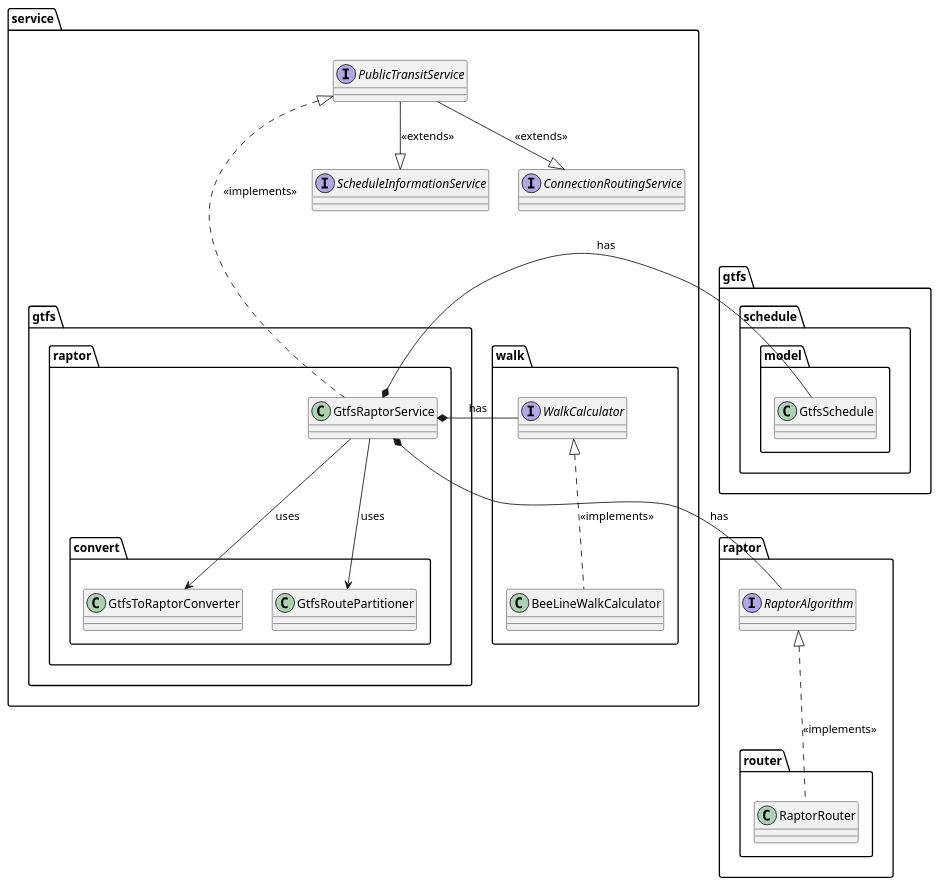
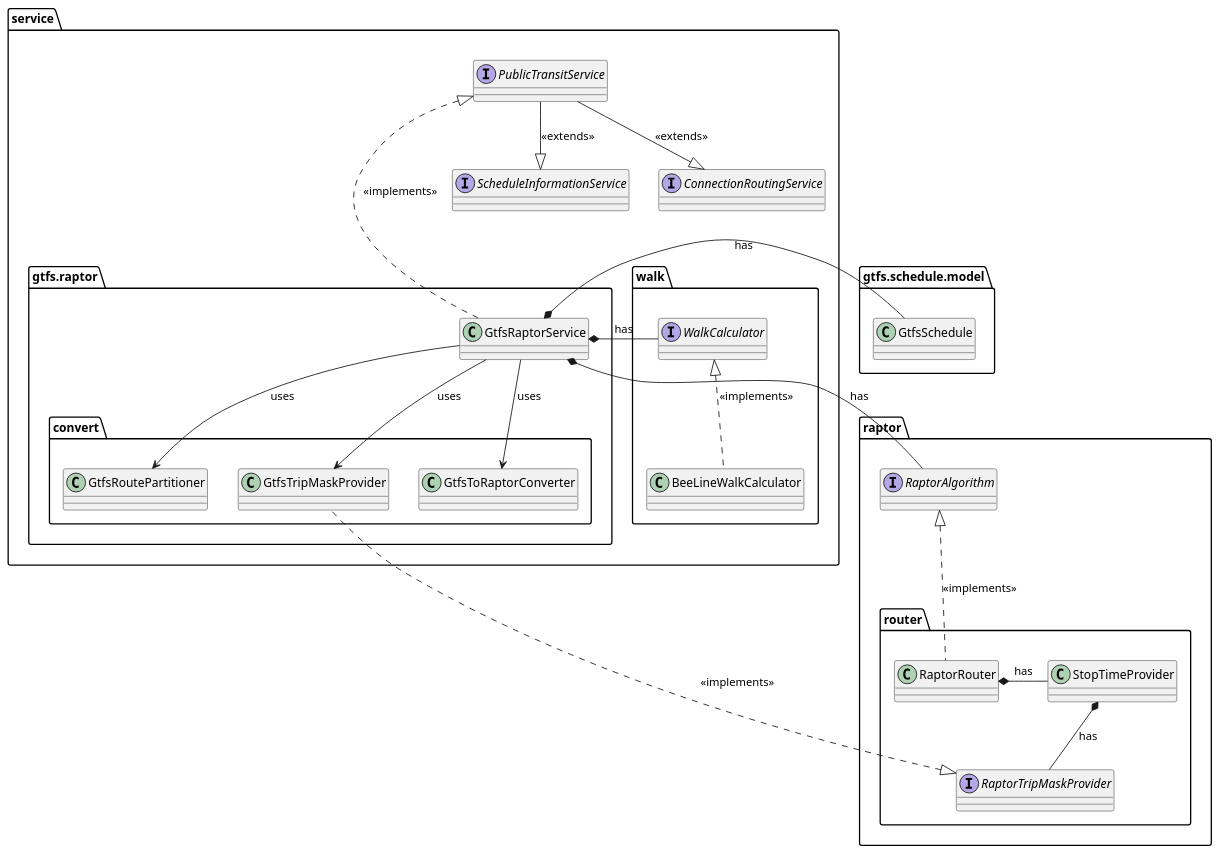
The diagram in Writerside/topics/implementation/public-transit-service.md (naviqore/documentation), drawn with PlantUML before and after one commit.

Commit message:
DOC: NAV-134 - Add trip mask provider to service class diagram

````diff
--- a/Writerside/topics/implementation/public-transit-service.md
+++ b/Writerside/topics/implementation/public-transit-service.md
@@ -16,58 +16,71 @@
 ```plantuml
 @startuml
+set namespaceSeparator none
+
 package service {
     interface PublicTransitService {
     }
     interface ScheduleInformationService {
     }
     interface ConnectionRoutingService {
     }
+    
+    package walk {
+       interface WalkCalculator {
+       }
+       class BeeLineWalkCalculator {
+       }
+   }
+   
+   package gtfs.raptor {
+       class GtfsRaptorService {
+       }
+       package convert {
+          class GtfsToRaptorConverter {
+          }
+          class GtfsRoutePartitioner {
+          }
+          class GtfsTripMaskProvider {
+          }
+      }
+   }
 }
 
-package service.walk {
-    interface WalkCalculator {
-    }
-    class BeeLineWalkCalculator {
-    }
-}
-
-package service.gtfs.raptor {
-    class GtfsRaptorService {
-    }
-}
-
-package gtfs.schedule.model {
+package "gtfs.schedule.model" {
     class GtfsSchedule {
     }
 }
 
 package raptor {
     interface RaptorAlgorithm {
     }
+    
+    package router {
+       class RaptorRouter {
+       }
+       class StopTimeProvider {
+       }
+       interface RaptorTripMaskProvider {
+       }
+   }
 }
 
-package raptor.router {
-    class RaptorRouter {
-    }
-}
 
-package service.gtfs.raptor.convert {
-    class GtfsToRaptorConverter {
-    }
-    class GtfsRoutePartitioner {
-    }
-}
 
 PublicTransitService <|... GtfsRaptorService: <<implements>>
 PublicTransitService --|> ScheduleInformationService: <<extends>>
 PublicTransitService --|> ConnectionRoutingService: <<extends>>
 
-GtfsRaptorService --> GtfsToRaptorConverter : uses
 GtfsRaptorService *- WalkCalculator : has
+RaptorRouter *- StopTimeProvider : has
+StopTimeProvider *-- RaptorTripMaskProvider : has
 GtfsRaptorService *- GtfsSchedule : has
 GtfsRaptorService *-- RaptorAlgorithm : has
+GtfsRaptorService --> GtfsToRaptorConverter : uses
 GtfsRaptorService --> GtfsRoutePartitioner : uses
+GtfsRaptorService --> GtfsTripMaskProvider : uses
+RaptorTripMaskProvider <|.. GtfsTripMaskProvider: <<implements>>
 WalkCalculator <|.. BeeLineWalkCalculator: <<implements>>
 RaptorAlgorithm <|.. RaptorRouter: <<implements>>
 @enduml
 ```
````
